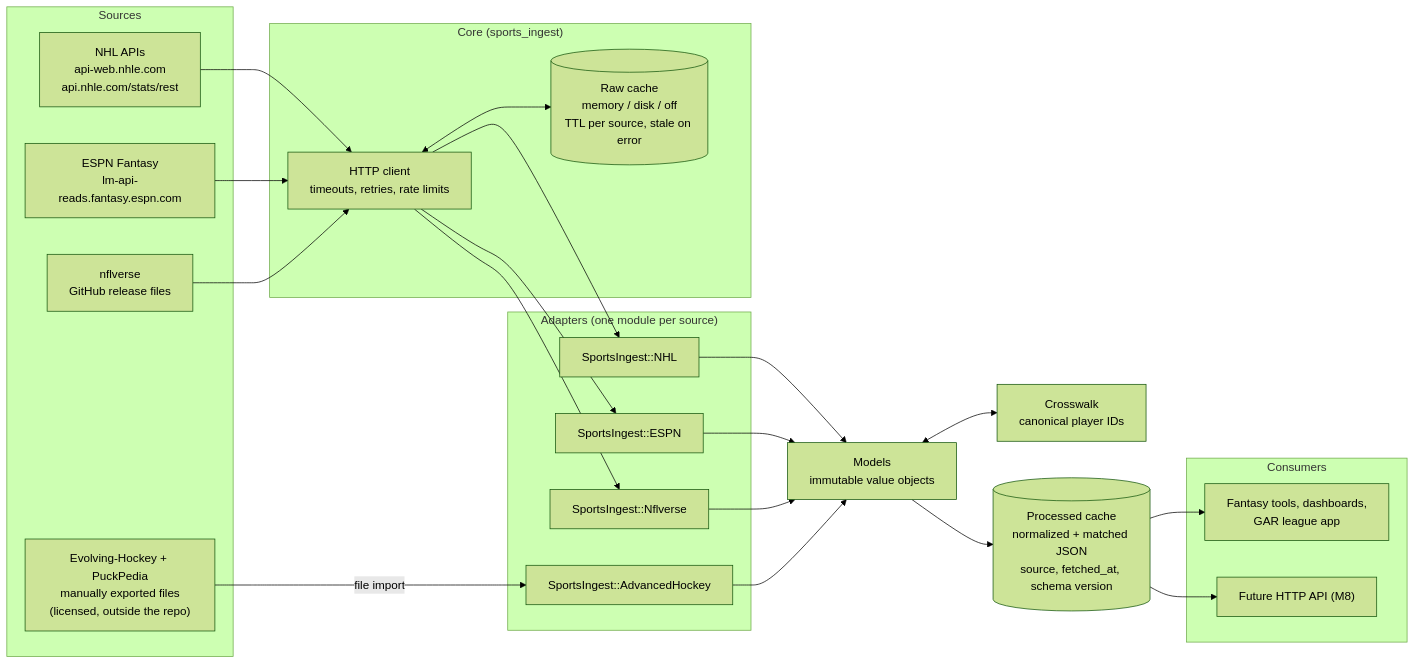
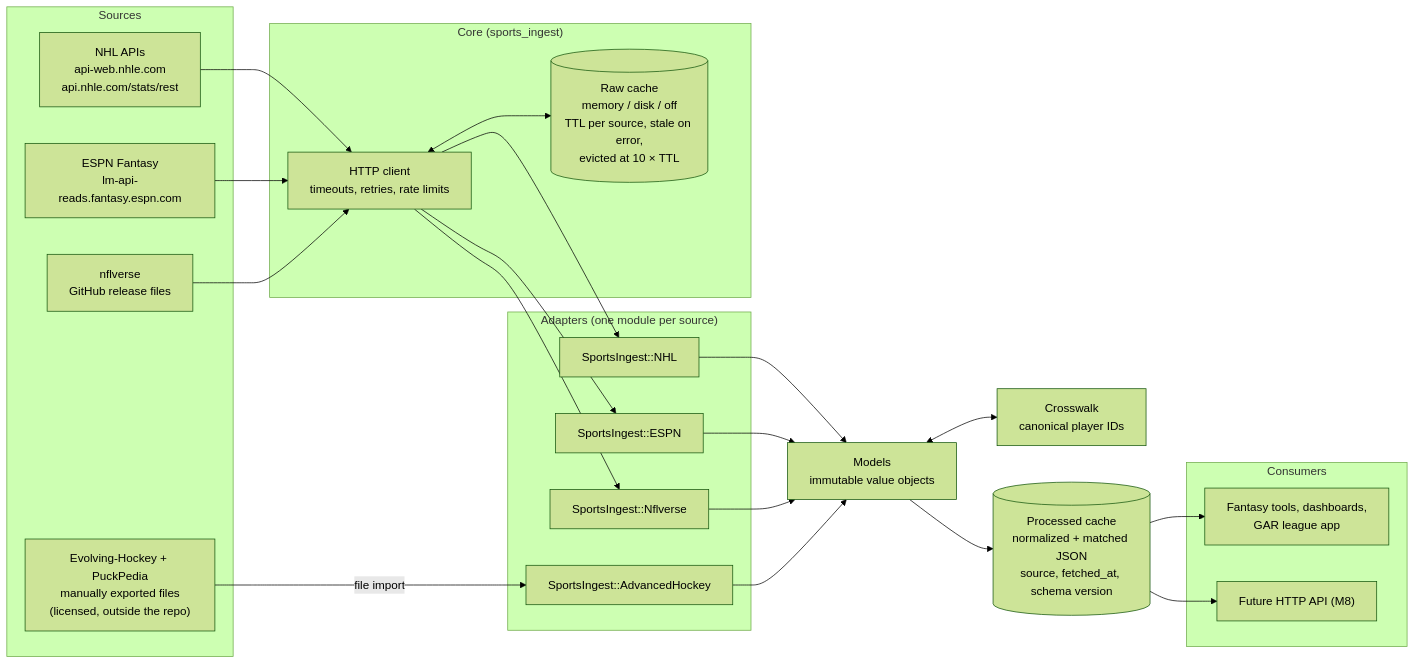
One commit to BryceARich/sports_ingest changed the diagram in docs/ARCHITECTURE.md. Above: the diagram before and after it, drawn with Mermaid (forest theme). The commit also changed other lines of this file and 11 other files, not shown here.

First line of the commit message:
Evict raw cache entries past 10x TTL, with an hourly sweep (M1-13)

````diff
--- a/docs/ARCHITECTURE.md
+++ b/docs/ARCHITECTURE.md
@@ -13,48 +13,48 @@
 ```mermaid
 flowchart LR
     subgraph sources["Sources"]
         nhl_api["NHL APIs<br/>api-web.nhle.com<br/>api.nhle.com/stats/rest"]
         espn_api["ESPN Fantasy<br/>lm-api-reads.fantasy.espn.com"]
         nflverse_rel["nflverse<br/>GitHub release files"]
         licensed["Evolving-Hockey + PuckPedia<br/>manually exported files<br/>(licensed, outside the repo)"]
     end
 
     subgraph core["Core (sports_ingest)"]
         http["HTTP client<br/>timeouts, retries, rate limits"]
-        raw[("Raw cache<br/>memory / disk / off<br/>TTL per source, stale on error")]
+        raw[("Raw cache<br/>memory / disk / off<br/>TTL per source, stale on error,<br/>evicted at 10 × TTL")]
     end
 
     subgraph adapters["Adapters (one module per source)"]
         nhl["SportsIngest::NHL"]
         espn["SportsIngest::ESPN"]
         nflverse["SportsIngest::Nflverse"]
         adv["SportsIngest::AdvancedHockey"]
     end
 
     crosswalk["Crosswalk<br/>canonical player IDs"]
     models["Models<br/>immutable value objects"]
     processed[("Processed cache<br/>normalized + matched JSON<br/>source, fetched_at, schema version")]
 
     subgraph consumers["Consumers"]
         apps["Fantasy tools, dashboards,<br/>GAR league app"]
         api["Future HTTP API (M8)"]
     end
 
     nhl_api --> http
     espn_api --> http
     nflverse_rel --> http
     http <--> raw
     http --> nhl
     http --> espn
     http --> nflverse
     licensed -->|file import| adv
 
     nhl --> models
     espn --> models
     nflverse --> models
     adv --> models
     models <--> crosswalk
     models --> processed
     processed --> apps
     processed --> api
 ```
````
